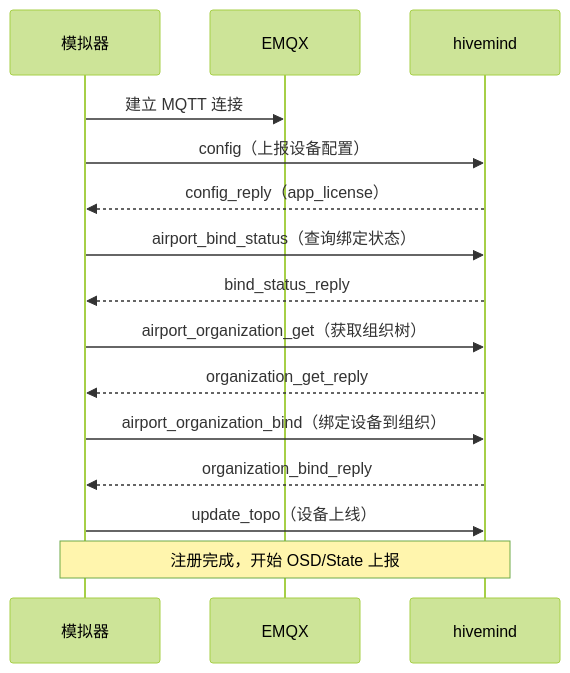
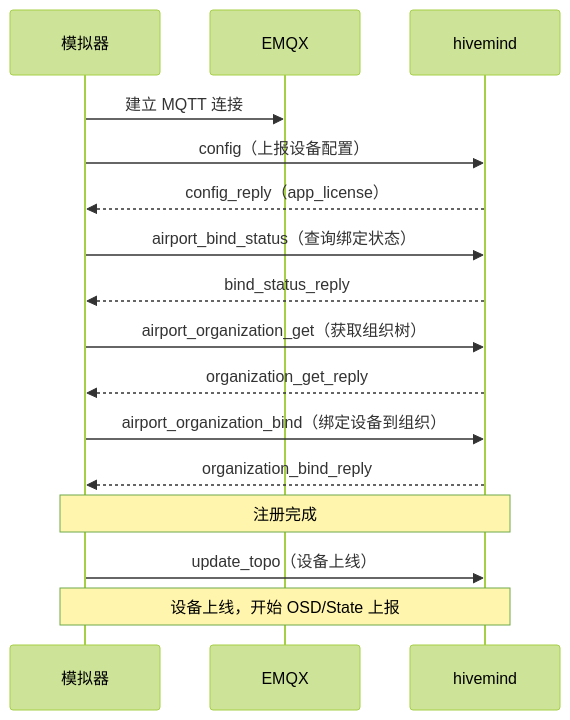
The second of 2 diagrams in README.md (cdmiltd/hivemind-simulator), drawn with Mermaid (forest theme) before and after one commit. The commit also changed other lines of this file and 17 other files, not shown here.

````diff
--- a/README.md
+++ b/README.md
@@ -63,18 +98,19 @@
 ```mermaid
 sequenceDiagram
     participant 模拟器
     participant EMQX
     participant hivemind
 
     模拟器->>EMQX: 建立 MQTT 连接
     模拟器->>hivemind: config（上报设备配置）
     hivemind-->>模拟器: config_reply（app_license）
     模拟器->>hivemind: airport_bind_status（查询绑定状态）
     hivemind-->>模拟器: bind_status_reply
     模拟器->>hivemind: airport_organization_get（获取组织树）
     hivemind-->>模拟器: organization_get_reply
     模拟器->>hivemind: airport_organization_bind（绑定设备到组织）
     hivemind-->>模拟器: organization_bind_reply
+    Note over 模拟器,hivemind: 注册完成
     模拟器->>hivemind: update_topo（设备上线）
-    Note over 模拟器,hivemind: 注册完成，开始 OSD/State 上报
+    Note over 模拟器,hivemind: 设备上线，开始 OSD/State 上报
 ```
````
